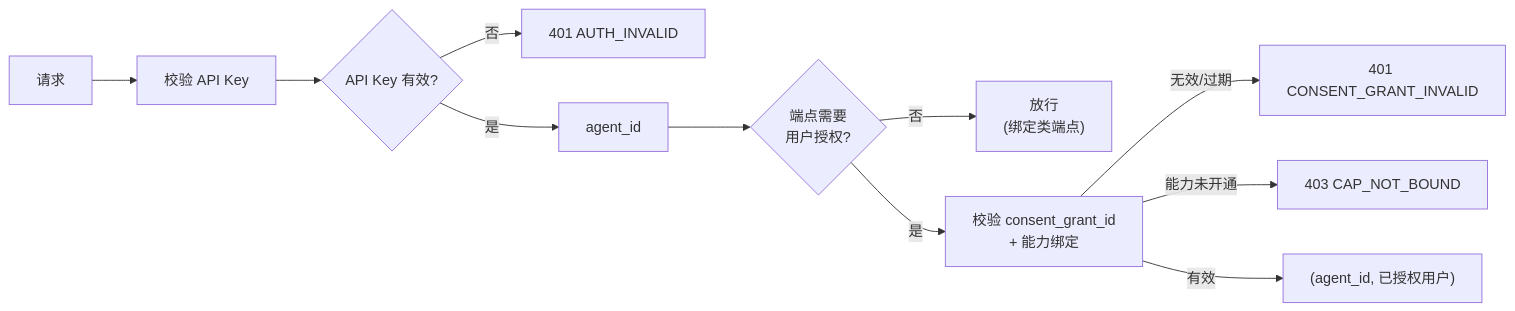
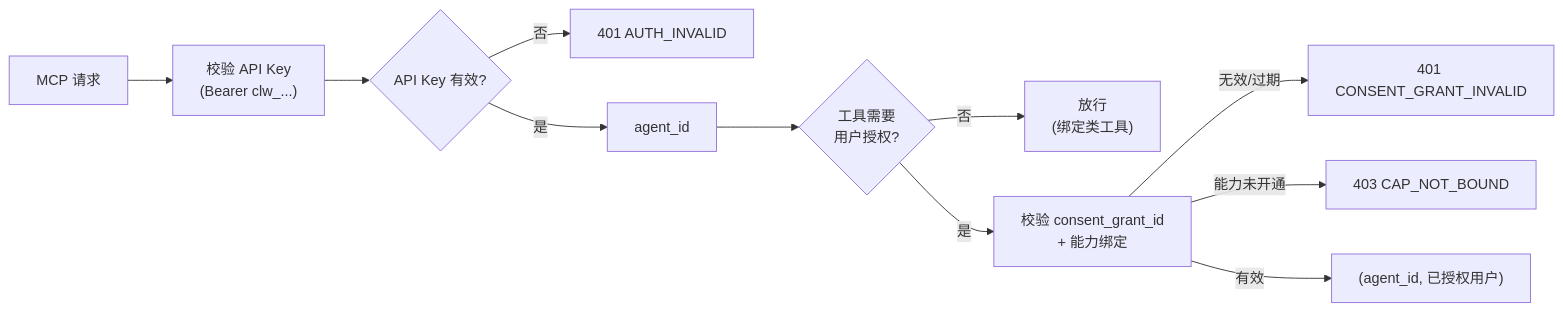
One commit to clawdot/docs changed the first of 2 diagrams in gateway/authentication.mdx. Above: the diagram before and after it, drawn with Mermaid. The commit also changed other lines of this file and 67 other files, not shown here.

First line of the commit message:
docs: 正文改写为 MCP-first + 补 MCP 时序图（Phase 2）

````diff
--- a/gateway/authentication.mdx
+++ b/gateway/authentication.mdx
@@ -10,13 +13,13 @@
 ```mermaid
 flowchart LR
-  A["请求"] --> B["校验 API Key"]
+  A["MCP 请求"] --> B["校验 API Key<br/>(Bearer clw_...)"]
   B --> C{"API Key 有效?"}
   C -- 否 --> E["401 AUTH_INVALID"]
   C -- 是 --> D["agent_id"]
-  D --> F{"端点需要<br/>用户授权?"}
-  F -- 否 --> Z["放行<br/>(绑定类端点)"]
+  D --> F{"工具需要<br/>用户授权?"}
+  F -- 否 --> Z["放行<br/>(绑定类工具)"]
   F -- 是 --> G["校验 consent_grant_id<br/>+ 能力绑定"]
   G -- 无效/过期 --> H["401 CONSENT_GRANT_INVALID"]
   G -- 能力未开通 --> I["403 CAP_NOT_BOUND"]
   G -- 有效 --> J["(agent_id, 已授权用户)"]
 ```
````
